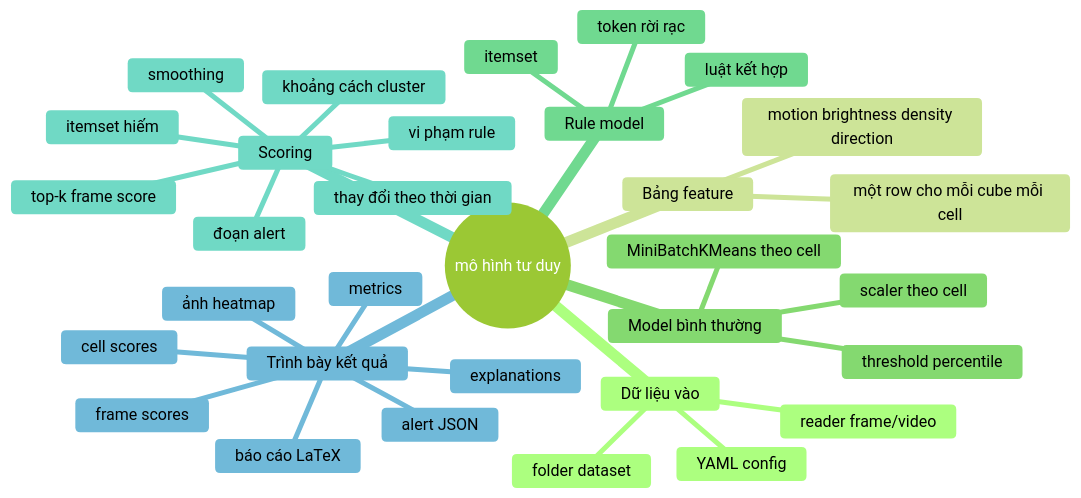
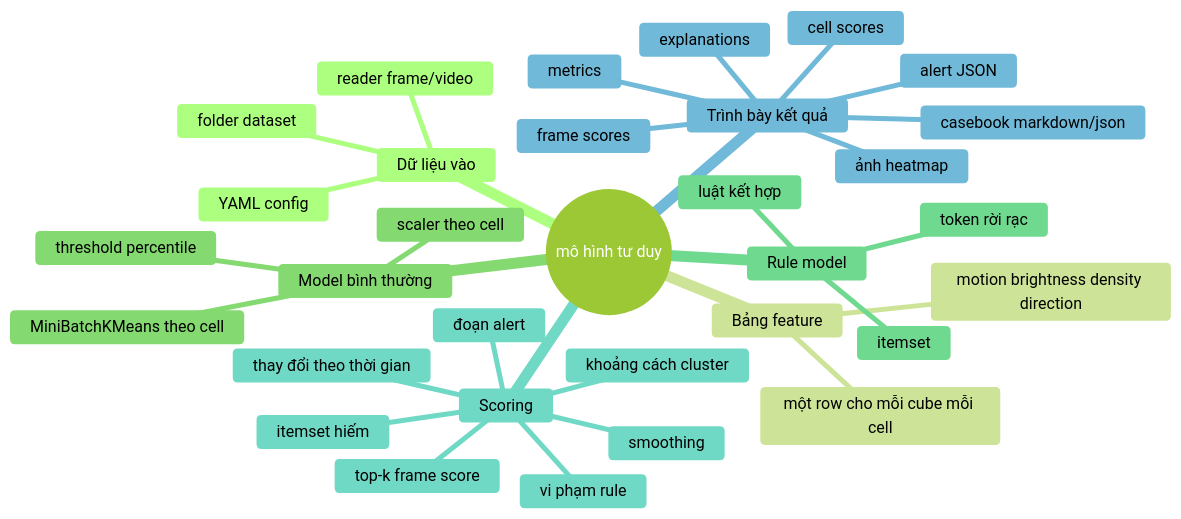
One commit to phillnolan/BTL-KPDL changed the eighth of 8 diagrams in src/doc/code_mindmap.md. Above: the diagram before and after it, drawn with Mermaid (forest theme). The commit also changed other lines of this file and 56 other files, not shown here.

````diff
--- a/src/doc/code_mindmap.md
+++ b/src/doc/code_mindmap.md
@@ -571,35 +530,35 @@
 ```mermaid
 mindmap
   root((mô hình tư duy))
     Dữ liệu vào
       folder dataset
       YAML config
       reader frame/video
     Bảng feature
       một row cho mỗi cube mỗi cell
       motion brightness density direction
     Model bình thường
       scaler theo cell
       MiniBatchKMeans theo cell
       threshold percentile
     Rule model
       token rời rạc
       itemset
       luật kết hợp
     Scoring
       khoảng cách cluster
       thay đổi theo thời gian
       itemset hiếm
       vi phạm rule
       top-k frame score
       smoothing
       đoạn alert
     Trình bày kết quả
       cell scores
       frame scores
       alert JSON
       ảnh heatmap
       metrics
       explanations
-      báo cáo LaTeX
+      casebook markdown/json
 ```
````
